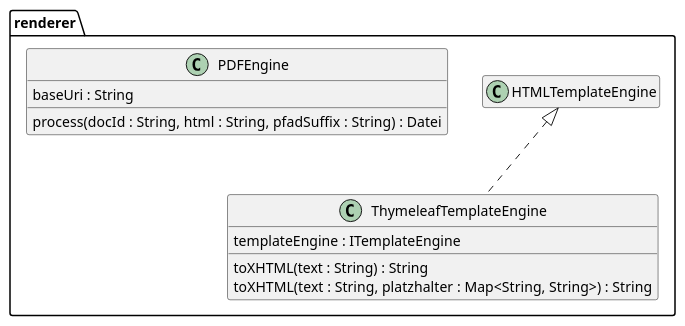
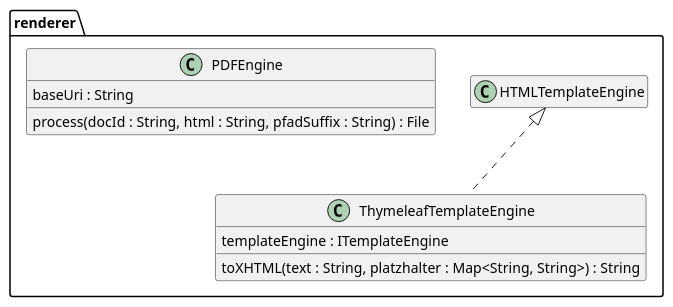
The diagram in src/site/arc42/plantuml/openhtmltopdf/renderer/Ebene3.plantuml (tailoringexpert/platform), drawn with PlantUML before and after one commit. The commit also changed 391 other files, not shown here.

```diff
--- a/src/site/arc42/plantuml/openhtmltopdf/renderer/Ebene3.plantuml
+++ b/src/site/arc42/plantuml/openhtmltopdf/renderer/Ebene3.plantuml
@@ -1,16 +1,15 @@
 @startuml Ebene3.png
 hide empty members
 
 package renderer {
     class ThymeleafTemplateEngine {
         templateEngine : ITemplateEngine
-        toXHTML(text : String) : String
         toXHTML(text : String, platzhalter :  Map<String, String>) : String
     }
     HTMLTemplateEngine <|.. ThymeleafTemplateEngine
     class PDFEngine {
         baseUri : String
-        process(docId : String, html : String, pfadSuffix : String) :  Datei
+        process(docId : String, html : String, pfadSuffix : String) :  File
     }
 }
 @enduml
```
